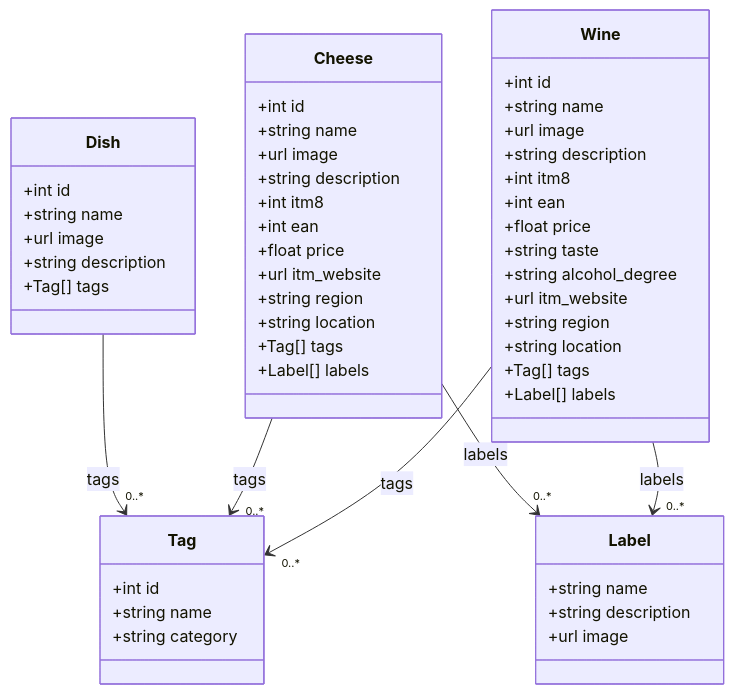
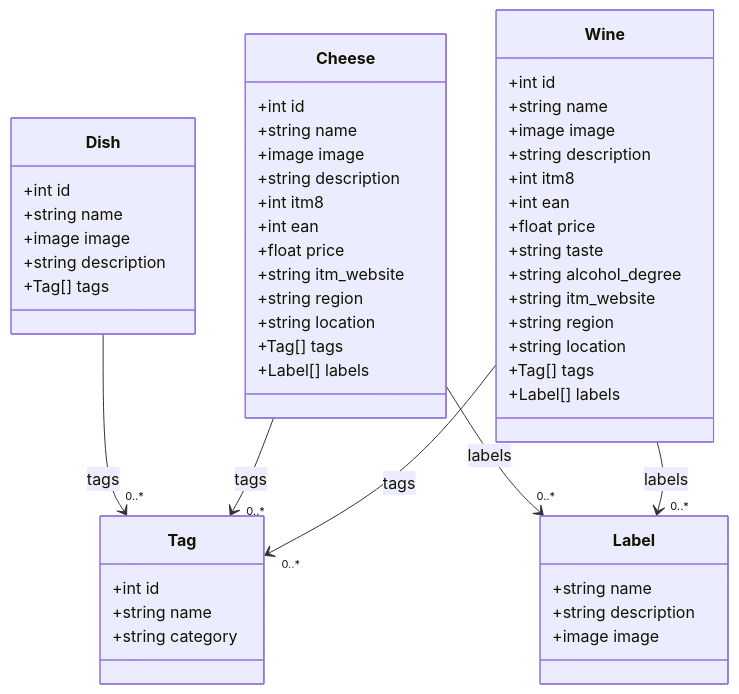
Before and after one commit to algosup/2024-2025-project-5-bubble-intermarche-team-8: the third of 6 diagrams in documents/technical_specification/technical_specification.md, drawn with Mermaid. The commit also changed other lines of this file, not shown here.

````diff
--- a/documents/technical_specification/technical_specification.md
+++ b/documents/technical_specification/technical_specification.md
@@ -357,62 +508,62 @@
 ```mermaid
 classDiagram
     class Wine {
         +int id
         +string name
-        +url image
+        +image image
         +string description
         +int itm8
         +int ean
         +float price
         +string taste
         +string alcohol_degree
-        +url itm_website
+        +string itm_website
         +string region
         +string location
         +Tag[] tags
         +Label[] labels
     }
 
     class Cheese {
         +int id
         +string name
-        +url image
+        +image image
         +string description
         +int itm8
         +int ean
         +float price
-        +url itm_website
+        +string itm_website
         +string region
         +string location
         +Tag[] tags
         +Label[] labels
     }
 
     class Dish {
         +int id
         +string name
-        +url image
+        +image image
         +string description
         +Tag[] tags
     }
 
     class Tag {
         +int id
         +string name
         +string category
     }
 
     class Label {
         +string name
         +string description
-        +url image
+        +image image
     }
 
     %% Relationships (UML associations)
     Wine --> "0..*" Tag : tags
     Cheese --> "0..*" Tag : tags
     Dish --> "0..*" Tag : tags
 
     Wine --> "0..*" Label : labels
     Cheese --> "0..*" Label : labels
 ```
````
